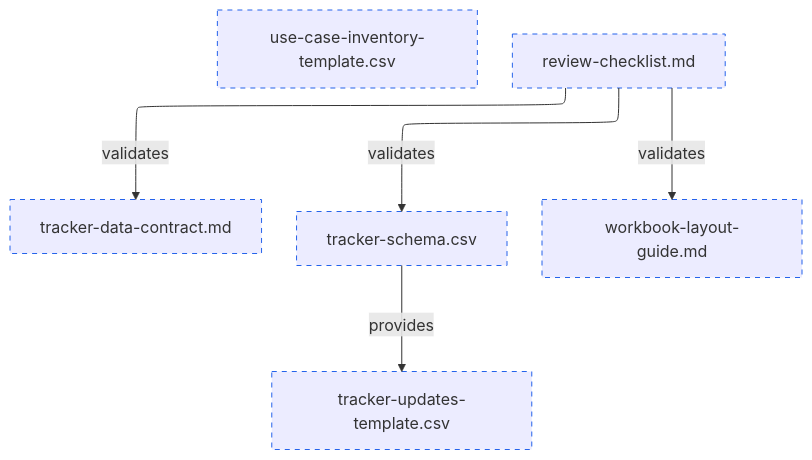
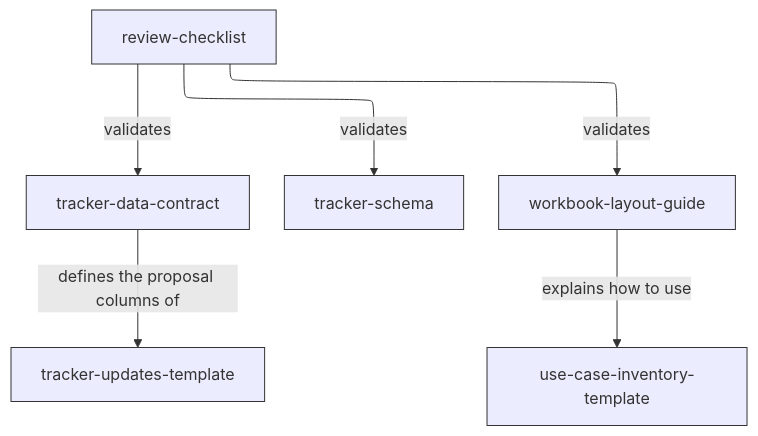
One commit to vrparthasarathy/migration-job-discovery changed the diagram in tracker-data-contract/README.md. Above: the diagram before and after it, drawn with Mermaid. The commit also changed other lines of this file and 117 other files, not shown here.

````diff
--- a/tracker-data-contract/README.md
+++ b/tracker-data-contract/README.md
@@ -54,19 +40,26 @@
 ```mermaid
 ---
 config:
   layout: elk
 ---
 %%{init: {"securityLevel": "loose"}}%%
 flowchart TB
-  contract["tracker-data-contract.md"]:::planned
-  schema["tracker-schema.csv"]:::planned
-  guide["workbook-layout-guide.md"]:::planned
-  upd["tracker-updates-template.csv"]:::planned
-  inv["use-case-inventory-template.csv"]:::planned
-  chk["review-checklist.md"]:::planned
+  contract["tracker-data-contract"]:::file
+  schema["tracker-schema"]:::file
+  guide["workbook-layout-guide"]:::file
+  upd["tracker-updates-template"]:::file
+  inv["use-case-inventory-template"]:::file
+  chk["review-checklist"]:::file
   chk -->|"validates"| contract
   chk -->|"validates"| schema
   chk -->|"validates"| guide
-  schema -->|"provides"| upd
-  classDef planned stroke-dasharray: 5 5,stroke:#2563eb
+  contract -->|"defines the proposal columns of"| upd
+  guide -->|"explains how to use"| inv
+  click contract "tracker-data-contract.md"
+  click schema "tracker-schema.csv"
+  click guide "workbook-layout-guide.md"
+  click upd "tracker-updates-template.csv"
+  click inv "use-case-inventory-template.csv"
+  click chk "review-checklist.md"
+  classDef file stroke:#333
 ```
````
